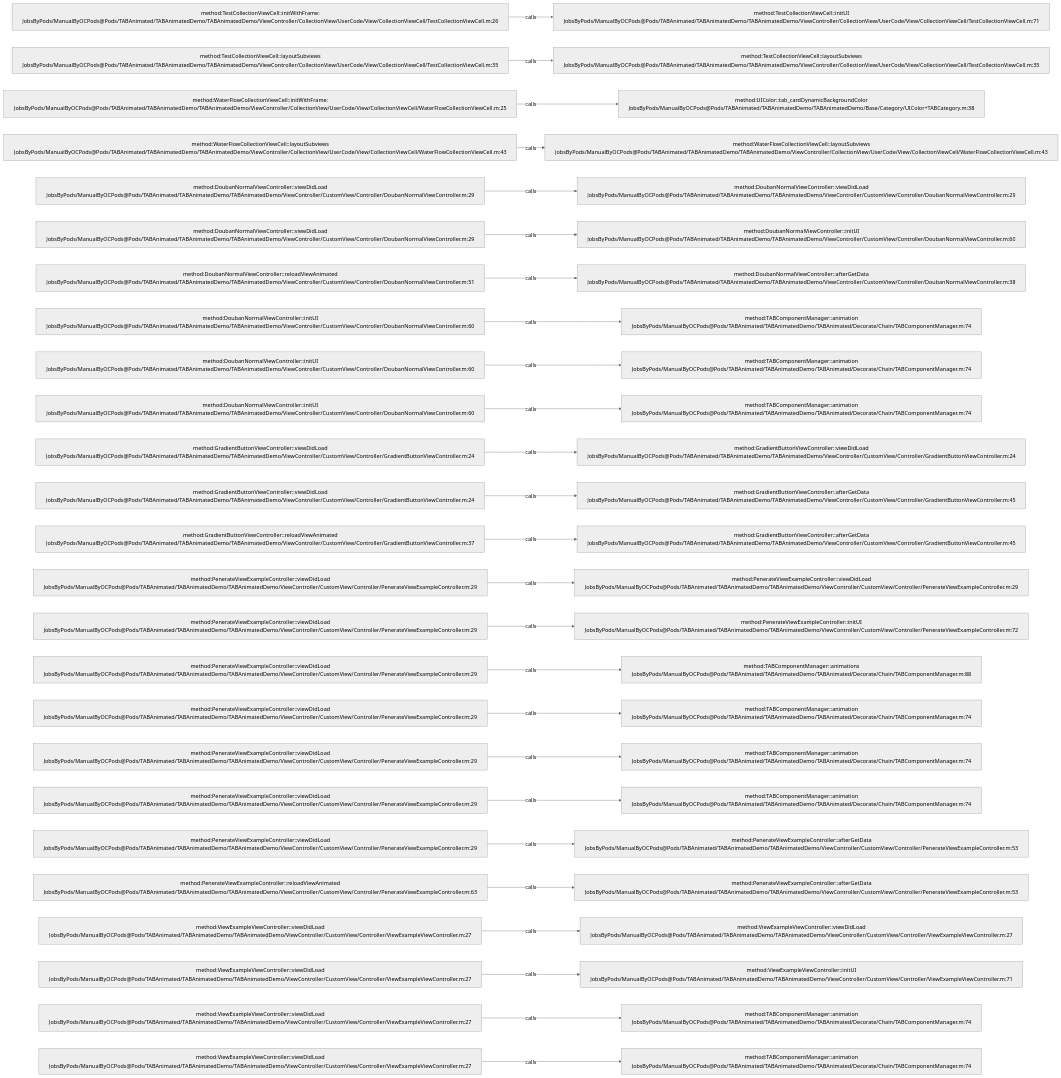
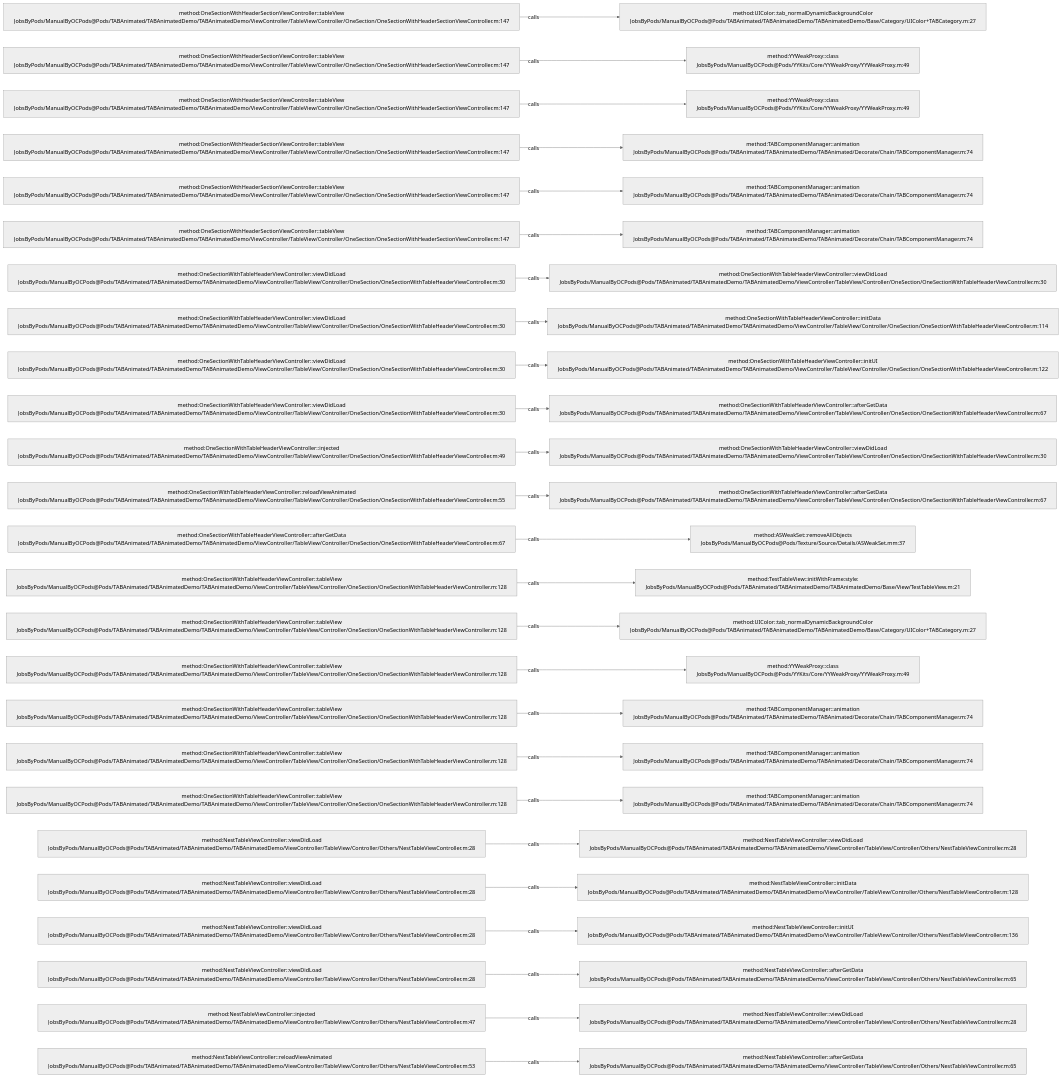
Before and after one commit to JobsKits/JobsOCBaseConfigDemo: the diagram in .codegraph/codegraph.md/graphs/calls-055.md, drawn with Mermaid (neutral theme). The commit also changed 1353 other files, not shown here.

````diff
--- a/.codegraph/codegraph.md/graphs/calls-055.md
+++ b/.codegraph/codegraph.md/graphs/calls-055.md
@@ -13,78 +13,78 @@
 ```mermaid
 flowchart LR
-  S1["method:TestCollectionViewCell::initWithFrame:<br/>JobsByPods/ManualByOCPods@Pods/TABAnimated/TABAnimatedDemo/TABAnimatedDemo/ViewController/CollectionView/UserCode/View/CollectionViewCell/TestCollectionViewCell.m:26"]
-  T1["method:TestCollectionViewCell::initUI<br/>JobsByPods/ManualByOCPods@Pods/TABAnimated/TABAnimatedDemo/TABAnimatedDemo/ViewController/CollectionView/UserCode/View/CollectionViewCell/TestCollectionViewCell.m:71"]
+  S1["method:OneSectionWithHeaderSectionViewController::tableView<br/>JobsByPods/ManualByOCPods@Pods/TABAnimated/TABAnimatedDemo/TABAnimatedDemo/ViewController/TableView/Controller/OneSection/OneSectionWithHeaderSectionViewController.m:147"]
+  T1["method:UIColor::tab_normalDynamicBackgroundColor<br/>JobsByPods/ManualByOCPods@Pods/TABAnimated/TABAnimatedDemo/TABAnimatedDemo/Base/Category/UIColor+TABCategory.m:27"]
   S1 -->|calls| T1
-  S2["method:TestCollectionViewCell::layoutSubviews<br/>JobsByPods/ManualByOCPods@Pods/TABAnimated/TABAnimatedDemo/TABAnimatedDemo/ViewController/CollectionView/UserCode/View/CollectionViewCell/TestCollectionViewCell.m:35"]
-  T2["method:TestCollectionViewCell::layoutSubviews<br/>JobsByPods/ManualByOCPods@Pods/TABAnimated/TABAnimatedDemo/TABAnimatedDemo/ViewController/CollectionView/UserCode/View/CollectionViewCell/TestCollectionViewCell.m:35"]
+  S2["method:OneSectionWithHeaderSectionViewController::tableView<br/>JobsByPods/ManualByOCPods@Pods/TABAnimated/TABAnimatedDemo/TABAnimatedDemo/ViewController/TableView/Controller/OneSection/OneSectionWithHeaderSectionViewController.m:147"]
+  T2["method:YYWeakProxy::class<br/>JobsByPods/ManualByOCPods@Pods/YYKits/Core/YYWeakProxy/YYWeakProxy.m:49"]
   S2 -->|calls| T2
-  S3["method:WaterFlowCollectionViewCell::initWithFrame:<br/>JobsByPods/ManualByOCPods@Pods/TABAnimated/TABAnimatedDemo/TABAnimatedDemo/ViewController/CollectionView/UserCode/View/CollectionViewCell/WaterFlowCollectionViewCell.m:25"]
-  T3["method:UIColor::tab_cardDynamicBackgroundColor<br/>JobsByPods/ManualByOCPods@Pods/TABAnimated/TABAnimatedDemo/TABAnimatedDemo/Base/Category/UIColor+TABCategory.m:38"]
+  S3["method:OneSectionWithHeaderSectionViewController::tableView<br/>JobsByPods/ManualByOCPods@Pods/TABAnimated/TABAnimatedDemo/TABAnimatedDemo/ViewController/TableView/Controller/OneSection/OneSectionWithHeaderSectionViewController.m:147"]
+  T3["method:YYWeakProxy::class<br/>JobsByPods/ManualByOCPods@Pods/YYKits/Core/YYWeakProxy/YYWeakProxy.m:49"]
   S3 -->|calls| T3
-  S4["method:WaterFlowCollectionViewCell::layoutSubviews<br/>JobsByPods/ManualByOCPods@Pods/TABAnimated/TABAnimatedDemo/TABAnimatedDemo/ViewController/CollectionView/UserCode/View/CollectionViewCell/WaterFlowCollectionViewCell.m:43"]
-  T4["method:WaterFlowCollectionViewCell::layoutSubviews<br/>JobsByPods/ManualByOCPods@Pods/TABAnimated/TABAnimatedDemo/TABAnimatedDemo/ViewController/CollectionView/UserCode/View/CollectionViewCell/WaterFlowCollectionViewCell.m:43"]
+  S4["method:OneSectionWithHeaderSectionViewController::tableView<br/>JobsByPods/ManualByOCPods@Pods/TABAnimated/TABAnimatedDemo/TABAnimatedDemo/ViewController/TableView/Controller/OneSection/OneSectionWithHeaderSectionViewController.m:147"]
+  T4["method:TABComponentManager::animation<br/>JobsByPods/ManualByOCPods@Pods/TABAnimated/TABAnimatedDemo/TABAnimated/Decorate/Chain/TABComponentManager.m:74"]
   S4 -->|calls| T4
-  S5["method:DoubanNormalViewController::viewDidLoad<br/>JobsByPods/ManualByOCPods@Pods/TABAnimated/TABAnimatedDemo/TABAnimatedDemo/ViewController/CustomView/Controller/DoubanNormalViewController.m:29"]
-  T5["method:DoubanNormalViewController::viewDidLoad<br/>JobsByPods/ManualByOCPods@Pods/TABAnimated/TABAnimatedDemo/TABAnimatedDemo/ViewController/CustomView/Controller/DoubanNormalViewController.m:29"]
+  S5["method:OneSectionWithHeaderSectionViewController::tableView<br/>JobsByPods/ManualByOCPods@Pods/TABAnimated/TABAnimatedDemo/TABAnimatedDemo/ViewController/TableView/Controller/OneSection/OneSectionWithHeaderSectionViewController.m:147"]
+  T5["method:TABComponentManager::animation<br/>JobsByPods/ManualByOCPods@Pods/TABAnimated/TABAnimatedDemo/TABAnimated/Decorate/Chain/TABComponentManager.m:74"]
   S5 -->|calls| T5
-  S6["method:DoubanNormalViewController::viewDidLoad<br/>JobsByPods/ManualByOCPods@Pods/TABAnimated/TABAnimatedDemo/TABAnimatedDemo/ViewController/CustomView/Controller/DoubanNormalViewController.m:29"]
-  T6["method:DoubanNormalViewController::initUI<br/>JobsByPods/ManualByOCPods@Pods/TABAnimated/TABAnimatedDemo/TABAnimatedDemo/ViewController/CustomView/Controller/DoubanNormalViewController.m:60"]
+  S6["method:OneSectionWithHeaderSectionViewController::tableView<br/>JobsByPods/ManualByOCPods@Pods/TABAnimated/TABAnimatedDemo/TABAnimatedDemo/ViewController/TableView/Controller/OneSection/OneSectionWithHeaderSectionViewController.m:147"]
+  T6["method:TABComponentManager::animation<br/>JobsByPods/ManualByOCPods@Pods/TABAnimated/TABAnimatedDemo/TABAnimated/Decorate/Chain/TABComponentManager.m:74"]
   S6 -->|calls| T6
-  S7["method:DoubanNormalViewController::reloadViewAnimated<br/>JobsByPods/ManualByOCPods@Pods/TABAnimated/TABAnimatedDemo/TABAnimatedDemo/ViewController/CustomView/Controller/DoubanNormalViewController.m:51"]
-  T7["method:DoubanNormalViewController::afterGetData<br/>JobsByPods/ManualByOCPods@Pods/TABAnimated/TABAnimatedDemo/TABAnimatedDemo/ViewController/CustomView/Controller/DoubanNormalViewController.m:38"]
+  S7["method:OneSectionWithTableHeaderViewController::viewDidLoad<br/>JobsByPods/ManualByOCPods@Pods/TABAnimated/TABAnimatedDemo/TABAnimatedDemo/ViewController/TableView/Controller/OneSection/OneSectionWithTableHeaderViewController.m:30"]
+  T7["method:OneSectionWithTableHeaderViewController::viewDidLoad<br/>JobsByPods/ManualByOCPods@Pods/TABAnimated/TABAnimatedDemo/TABAnimatedDemo/ViewController/TableView/Controller/OneSection/OneSectionWithTableHeaderViewController.m:30"]
   S7 -->|calls| T7
-  S8["method:DoubanNormalViewController::initUI<br/>JobsByPods/ManualByOCPods@Pods/TABAnimated/TABAnimatedDemo/TABAnimatedDemo/ViewController/CustomView/Controller/DoubanNormalViewController.m:60"]
-  T8["method:TABComponentManager::animation<br/>JobsByPods/ManualByOCPods@Pods/TABAnimated/TABAnimatedDemo/TABAnimated/Decorate/Chain/TABComponentManager.m:74"]
+  S8["method:OneSectionWithTableHeaderViewController::viewDidLoad<br/>JobsByPods/ManualByOCPods@Pods/TABAnimated/TABAnimatedDemo/TABAnimatedDemo/ViewController/TableView/Controller/OneSection/OneSectionWithTableHeaderViewController.m:30"]
+  T8["method:OneSectionWithTableHeaderViewController::initData<br/>JobsByPods/ManualByOCPods@Pods/TABAnimated/TABAnimatedDemo/TABAnimatedDemo/ViewController/TableView/Controller/OneSection/OneSectionWithTableHeaderViewController.m:114"]
   S8 -->|calls| T8
-  S9["method:DoubanNormalViewController::initUI<br/>JobsByPods/ManualByOCPods@Pods/TABAnimated/TABAnimatedDemo/TABAnimatedDemo/ViewController/CustomView/Controller/DoubanNormalViewController.m:60"]
-  T9["method:TABComponentManager::animation<br/>JobsByPods/ManualByOCPods@Pods/TABAnimated/TABAnimatedDemo/TABAnimated/Decorate/Chain/TABComponentManager.m:74"]
+  S9["method:OneSectionWithTableHeaderViewController::viewDidLoad<br/>JobsByPods/ManualByOCPods@Pods/TABAnimated/TABAnimatedDemo/TABAnimatedDemo/ViewController/TableView/Controller/OneSection/OneSectionWithTableHeaderViewController.m:30"]
+  T9["method:OneSectionWithTableHeaderViewController::initUI<br/>JobsByPods/ManualByOCPods@Pods/TABAnimated/TABAnimatedDemo/TABAnimatedDemo/ViewController/TableView/Controller/OneSection/OneSectionWithTableHeaderViewController.m:122"]
   S9 -->|calls| T9
-  S10["method:DoubanNormalViewController::initUI<br/>JobsByPods/ManualByOCPods@Pods/TABAnimated/TABAnimatedDemo/TABAnimatedDemo/ViewController/CustomView/Controller/DoubanNormalViewController.m:60"]
-  T10["method:TABComponentManager::animation<br/>JobsByPods/ManualByOCPods@Pods/TABAnimated/TABAnimatedDemo/TABAnimated/Decorate/Chain/TABComponentManager.m:74"]
+  S10["method:OneSectionWithTableHeaderViewController::viewDidLoad<br/>JobsByPods/ManualByOCPods@Pods/TABAnimated/TABAnimatedDemo/TABAnimatedDemo/ViewController/TableView/Controller/OneSection/OneSectionWithTableHeaderViewController.m:30"]
+  T10["method:OneSectionWithTableHeaderViewController::afterGetData<br/>JobsByPods/ManualByOCPods@Pods/TABAnimated/TABAnimatedDemo/TABAnimatedDemo/ViewController/TableView/Controller/OneSection/OneSectionWithTableHeaderViewController.m:67"]
   S10 -->|calls| T10
-  S11["method:GradientButtonViewController::viewDidLoad<br/>JobsByPods/ManualByOCPods@Pods/TABAnimated/TABAnimatedDemo/TABAnimatedDemo/ViewController/CustomView/Controller/GradientButtonViewController.m:24"]
-  T11["method:GradientButtonViewController::viewDidLoad<br/>JobsByPods/ManualByOCPods@Pods/TABAnimated/TABAnimatedDemo/TABAnimatedDemo/ViewController/CustomView/Controller/GradientButtonViewController.m:24"]
+  S11["method:OneSectionWithTableHeaderViewController::injected<br/>JobsByPods/ManualByOCPods@Pods/TABAnimated/TABAnimatedDemo/TABAnimatedDemo/ViewController/TableView/Controller/OneSection/OneSectionWithTableHeaderViewController.m:49"]
+  T11["method:OneSectionWithTableHeaderViewController::viewDidLoad<br/>JobsByPods/ManualByOCPods@Pods/TABAnimated/TABAnimatedDemo/TABAnimatedDemo/ViewController/TableView/Controller/OneSection/OneSectionWithTableHeaderViewController.m:30"]
   S11 -->|calls| T11
-  S12["method:GradientButtonViewController::viewDidLoad<br/>JobsByPods/ManualByOCPods@Pods/TABAnimated/TABAnimatedDemo/TABAnimatedDemo/ViewController/CustomView/Controller/GradientButtonViewController.m:24"]
-  T12["method:GradientButtonViewController::afterGetData<br/>JobsByPods/ManualByOCPods@Pods/TABAnimated/TABAnimatedDemo/TABAnimatedDemo/ViewController/CustomView/Controller/GradientButtonViewController.m:45"]
+  S12["method:OneSectionWithTableHeaderViewController::reloadViewAnimated<br/>JobsByPods/ManualByOCPods@Pods/TABAnimated/TABAnimatedDemo/TABAnimatedDemo/ViewController/TableView/Controller/OneSection/OneSectionWithTableHeaderViewController.m:55"]
+  T12["method:OneSectionWithTableHeaderViewController::afterGetData<br/>JobsByPods/ManualByOCPods@Pods/TABAnimated/TABAnimatedDemo/TABAnimatedDemo/ViewController/TableView/Controller/OneSection/OneSectionWithTableHeaderViewController.m:67"]
   S12 -->|calls| T12
-  S13["method:GradientButtonViewController::reloadViewAnimated<br/>JobsByPods/ManualByOCPods@Pods/TABAnimated/TABAnimatedDemo/TABAnimatedDemo/ViewController/CustomView/Controller/GradientButtonViewController.m:37"]
-  T13["method:GradientButtonViewController::afterGetData<br/>JobsByPods/ManualByOCPods@Pods/TABAnimated/TABAnimatedDemo/TABAnimatedDemo/ViewController/CustomView/Controller/GradientButtonViewController.m:45"]
+  S13["method:OneSectionWithTableHeaderViewController::afterGetData<br/>JobsByPods/ManualByOCPods@Pods/TABAnimated/TABAnimatedDemo/TABAnimatedDemo/ViewController/TableView/Controller/OneSection/OneSectionWithTableHeaderViewController.m:67"]
+  T13["method:ASWeakSet::removeAllObjects<br/>JobsByPods/ManualByOCPods@Pods/Texture/Source/Details/ASWeakSet.mm:37"]
   S13 -->|calls| T13
-  S14["method:PenerateViewExampleController::viewDidLoad<br/>JobsByPods/ManualByOCPods@Pods/TABAnimated/TABAnimatedDemo/TABAnimatedDemo/ViewController/CustomView/Controller/PenerateViewExampleController.m:29"]
-  T14["method:PenerateViewExampleController::viewDidLoad<br/>JobsByPods/ManualByOCPods@Pods/TABAnimated/TABAnimatedDemo/TABAnimatedDemo/ViewController/CustomView/Controller/PenerateViewExampleController.m:29"]
+  S14["method:OneSectionWithTableHeaderViewController::tableView<br/>JobsByPods/ManualByOCPods@Pods/TABAnimated/TABAnimatedDemo/TABAnimatedDemo/ViewController/TableView/Controller/OneSection/OneSectionWithTableHeaderViewController.m:128"]
+  T14["method:TestTableView::initWithFrame:style:<br/>JobsByPods/ManualByOCPods@Pods/TABAnimated/TABAnimatedDemo/TABAnimatedDemo/Base/View/TestTableView.m:21"]
   S14 -->|calls| T14
-  S15["method:PenerateViewExampleController::viewDidLoad<br/>JobsByPods/ManualByOCPods@Pods/TABAnimated/TABAnimatedDemo/TABAnimatedDemo/ViewController/CustomView/Controller/PenerateViewExampleController.m:29"]
-  T15["method:PenerateViewExampleController::initUI<br/>JobsByPods/ManualByOCPods@Pods/TABAnimated/TABAnimatedDemo/TABAnimatedDemo/ViewController/CustomView/Controller/PenerateViewExampleController.m:72"]
+  S15["method:OneSectionWithTableHeaderViewController::tableView<br/>JobsByPods/ManualByOCPods@Pods/TABAnimated/TABAnimatedDemo/TABAnimatedDemo/ViewController/TableView/Controller/OneSection/OneSectionWithTableHeaderViewController.m:128"]
+  T15["method:UIColor::tab_normalDynamicBackgroundColor<br/>JobsByPods/ManualByOCPods@Pods/TABAnimated/TABAnimatedDemo/TABAnimatedDemo/Base/Category/UIColor+TABCategory.m:27"]
   S15 -->|calls| T15
-  S16["method:PenerateViewExampleController::viewDidLoad<br/>JobsByPods/ManualByOCPods@Pods/TABAnimated/TABAnimatedDemo/TABAnimatedDemo/ViewController/CustomView/Controller/PenerateViewExampleController.m:29"]
-  T16["method:TABComponentManager::animations<br/>JobsByPods/ManualByOCPods@Pods/TABAnimated/TABAnimatedDemo/TABAnimated/Decorate/Chain/TABComponentManager.m:88"]
+  S16["method:OneSectionWithTableHeaderViewController::tableView<br/>JobsByPods/ManualByOCPods@Pods/TABAnimated/TABAnimatedDemo/TABAnimatedDemo/ViewController/TableView/Controller/OneSection/OneSectionWithTableHeaderViewController.m:128"]
+  T16["method:YYWeakProxy::class<br/>JobsByPods/ManualByOCPods@Pods/YYKits/Core/YYWeakProxy/YYWeakProxy.m:49"]
   S16 -->|calls| T16
-  S17["method:PenerateViewExampleController::viewDidLoad<br/>JobsByPods/ManualByOCPods@Pods/TABAnimated/TABAnimatedDemo/TABAnimatedDemo/ViewController/CustomView/Controller/PenerateViewExampleController.m:29"]
+  S17["method:OneSectionWithTableHeaderViewController::tableView<br/>JobsByPods/ManualByOCPods@Pods/TABAnimated/TABAnimatedDemo/TABAnimatedDemo/ViewController/TableView/Controller/OneSection/OneSectionWithTableHeaderViewController.m:128"]
   T17["method:TABComponentManager::animation<br/>JobsByPods/ManualByOCPods@Pods/TABAnimated/TABAnimatedDemo/TABAnimated/Decorate/Chain/TABComponentManager.m:74"]
   S17 -->|calls| T17
-  S18["method:PenerateViewExampleController::viewDidLoad<br/>JobsByPods/ManualByOCPods@Pods/TABAnimated/TABAnimatedDemo/TABAnimatedDemo/ViewController/CustomView/Controller/PenerateViewExampleController.m:29"]
+  S18["method:OneSectionWithTableHeaderViewController::tableView<br/>JobsByPods/ManualByOCPods@Pods/TABAnimated/TABAnimatedDemo/TABAnimatedDemo/ViewController/TableView/Controller/OneSection/OneSectionWithTableHeaderViewController.m:128"]
   T18["method:TABComponentManager::animation<br/>JobsByPods/ManualByOCPods@Pods/TABAnimated/TABAnimatedDemo/TABAnimated/Decorate/Chain/TABComponentManager.m:74"]
   S18 -->|calls| T18
-  S19["method:PenerateViewExampleController::viewDidLoad<br/>JobsByPods/ManualByOCPods@Pods/TABAnimated/TABAnimatedDemo/TABAnimatedDemo/ViewController/CustomView/Controller/PenerateViewExampleController.m:29"]
+  S19["method:OneSectionWithTableHeaderViewController::tableView<br/>JobsByPods/ManualByOCPods@Pods/TABAnimated/TABAnimatedDemo/TABAnimatedDemo/ViewController/TableView/Controller/OneSection/OneSectionWithTableHeaderViewController.m:128"]
   T19["method:TABComponentManager::animation<br/>JobsByPods/ManualByOCPods@Pods/TABAnimated/TABAnimatedDemo/TABAnimated/Decorate/Chain/TABComponentManager.m:74"]
   S19 -->|calls| T19
-  S20["method:PenerateViewExampleController::viewDidLoad<br/>JobsByPods/ManualByOCPods@Pods/TABAnimated/TABAnimatedDemo/TABAnimatedDemo/ViewController/CustomView/Controller/PenerateViewExampleController.m:29"]
-  T20["method:PenerateViewExampleController::afterGetData<br/>JobsByPods/ManualByOCPods@Pods/TABAnimated/TABAnimatedDemo/TABAnimatedDemo/ViewController/CustomView/Controller/PenerateViewExampleController.m:53"]
+  S20["method:NestTableViewController::viewDidLoad<br/>JobsByPods/ManualByOCPods@Pods/TABAnimated/TABAnimatedDemo/TABAnimatedDemo/ViewController/TableView/Controller/Others/NestTableViewController.m:28"]
+  T20["method:NestTableViewController::viewDidLoad<br/>JobsByPods/ManualByOCPods@Pods/TABAnimated/TABAnimatedDemo/TABAnimatedDemo/ViewController/TableView/Controller/Others/NestTableViewController.m:28"]
   S20 -->|calls| T20
-  S21["method:PenerateViewExampleController::reloadViewAnimated<br/>JobsByPods/ManualByOCPods@Pods/TABAnimated/TABAnimatedDemo/TABAnimatedDemo/ViewController/CustomView/Controller/PenerateViewExampleController.m:63"]
-  T21["method:PenerateViewExampleController::afterGetData<br/>JobsByPods/ManualByOCPods@Pods/TABAnimated/TABAnimatedDemo/TABAnimatedDemo/ViewController/CustomView/Controller/PenerateViewExampleController.m:53"]
+  S21["method:NestTableViewController::viewDidLoad<br/>JobsByPods/ManualByOCPods@Pods/TABAnimated/TABAnimatedDemo/TABAnimatedDemo/ViewController/TableView/Controller/Others/NestTableViewController.m:28"]
+  T21["method:NestTableViewController::initData<br/>JobsByPods/ManualByOCPods@Pods/TABAnimated/TABAnimatedDemo/TABAnimatedDemo/ViewController/TableView/Controller/Others/NestTableViewController.m:128"]
   S21 -->|calls| T21
-  S22["method:ViewExampleViewController::viewDidLoad<br/>JobsByPods/ManualByOCPods@Pods/TABAnimated/TABAnimatedDemo/TABAnimatedDemo/ViewController/CustomView/Controller/ViewExampleViewController.m:27"]
-  T22["method:ViewExampleViewController::viewDidLoad<br/>JobsByPods/ManualByOCPods@Pods/TABAnimated/TABAnimatedDemo/TABAnimatedDemo/ViewController/CustomView/Controller/ViewExampleViewController.m:27"]
+  S22["method:NestTableViewController::viewDidLoad<br/>JobsByPods/ManualByOCPods@Pods/TABAnimated/TABAnimatedDemo/TABAnimatedDemo/ViewController/TableView/Controller/Others/NestTableViewController.m:28"]
+  T22["method:NestTableViewController::initUI<br/>JobsByPods/ManualByOCPods@Pods/TABAnimated/TABAnimatedDemo/TABAnimatedDemo/ViewController/TableView/Controller/Others/NestTableViewController.m:136"]
   S22 -->|calls| T22
-  S23["method:ViewExampleViewController::viewDidLoad<br/>JobsByPods/ManualByOCPods@Pods/TABAnimated/TABAnimatedDemo/TABAnimatedDemo/ViewController/CustomView/Controller/ViewExampleViewController.m:27"]
-  T23["method:ViewExampleViewController::initUI<br/>JobsByPods/ManualByOCPods@Pods/TABAnimated/TABAnimatedDemo/TABAnimatedDemo/ViewController/CustomView/Controller/ViewExampleViewController.m:71"]
+  S23["method:NestTableViewController::viewDidLoad<br/>JobsByPods/ManualByOCPods@Pods/TABAnimated/TABAnimatedDemo/TABAnimatedDemo/ViewController/TableView/Controller/Others/NestTableViewController.m:28"]
+  T23["method:NestTableViewController::afterGetData<br/>JobsByPods/ManualByOCPods@Pods/TABAnimated/TABAnimatedDemo/TABAnimatedDemo/ViewController/TableView/Controller/Others/NestTableViewController.m:65"]
   S23 -->|calls| T23
-  S24["method:ViewExampleViewController::viewDidLoad<br/>JobsByPods/ManualByOCPods@Pods/TABAnimated/TABAnimatedDemo/TABAnimatedDemo/ViewController/CustomView/Controller/ViewExampleViewController.m:27"]
-  T24["method:TABComponentManager::animation<br/>JobsByPods/ManualByOCPods@Pods/TABAnimated/TABAnimatedDemo/TABAnimated/Decorate/Chain/TABComponentManager.m:74"]
+  S24["method:NestTableViewController::injected<br/>JobsByPods/ManualByOCPods@Pods/TABAnimated/TABAnimatedDemo/TABAnimatedDemo/ViewController/TableView/Controller/Others/NestTableViewController.m:47"]
+  T24["method:NestTableViewController::viewDidLoad<br/>JobsByPods/ManualByOCPods@Pods/TABAnimated/TABAnimatedDemo/TABAnimatedDemo/ViewController/TableView/Controller/Others/NestTableViewController.m:28"]
   S24 -->|calls| T24
-  S25["method:ViewExampleViewController::viewDidLoad<br/>JobsByPods/ManualByOCPods@Pods/TABAnimated/TABAnimatedDemo/TABAnimatedDemo/ViewController/CustomView/Controller/ViewExampleViewController.m:27"]
-  T25["method:TABComponentManager::animation<br/>JobsByPods/ManualByOCPods@Pods/TABAnimated/TABAnimatedDemo/TABAnimated/Decorate/Chain/TABComponentManager.m:74"]
+  S25["method:NestTableViewController::reloadViewAnimated<br/>JobsByPods/ManualByOCPods@Pods/TABAnimated/TABAnimatedDemo/TABAnimatedDemo/ViewController/TableView/Controller/Others/NestTableViewController.m:53"]
+  T25["method:NestTableViewController::afterGetData<br/>JobsByPods/ManualByOCPods@Pods/TABAnimated/TABAnimatedDemo/TABAnimatedDemo/ViewController/TableView/Controller/Others/NestTableViewController.m:65"]
   S25 -->|calls| T25
 ```
````
